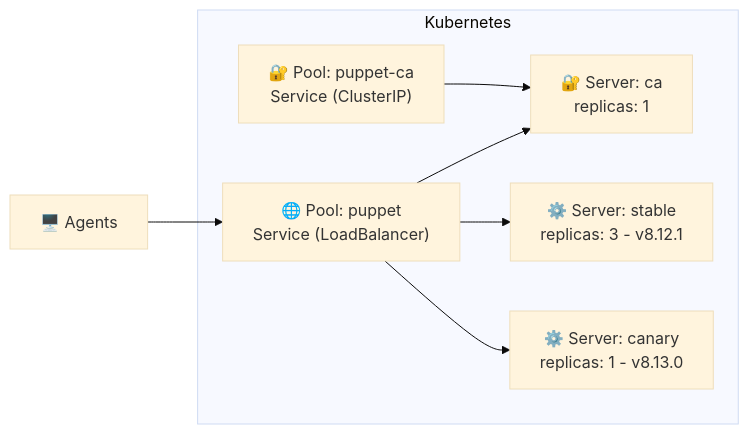
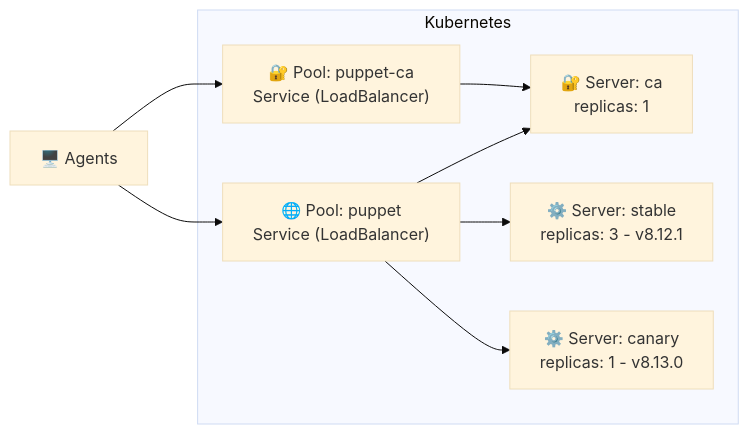
One commit to slauger/openvox-operator changed the second of 2 diagrams in README.md. Above: the diagram before and after it, drawn with Mermaid (base theme). The commit also changed other lines of this file, not shown here.

Commit message:
docs: update pool diagram with LoadBalancer for CA service [skip ci]

````diff
--- a/README.md
+++ b/README.md
@@ -36,15 +36,16 @@
 ```mermaid
 graph LR
     Agent["🖥️ Agents"] --> LB
+    Agent --> CA_SVC
 
     subgraph Kubernetes
         LB["🌐 Pool: puppet<br/>Service (LoadBalancer)"]
-        CA_SVC["🔐 Pool: puppet-ca<br/>Service (ClusterIP)"]
+        CA_SVC["🔐 Pool: puppet-ca<br/>Service (LoadBalancer)"]
 
         LB --> CA["🔐 Server: ca<br/>replicas: 1"]
         LB --> Stable["⚙️ Server: stable<br/>replicas: 3 - v8.12.1"]
         LB --> Canary["⚙️ Server: canary<br/>replicas: 1 - v8.13.0"]
 
         CA_SVC --> CA
     end
 ```
````
